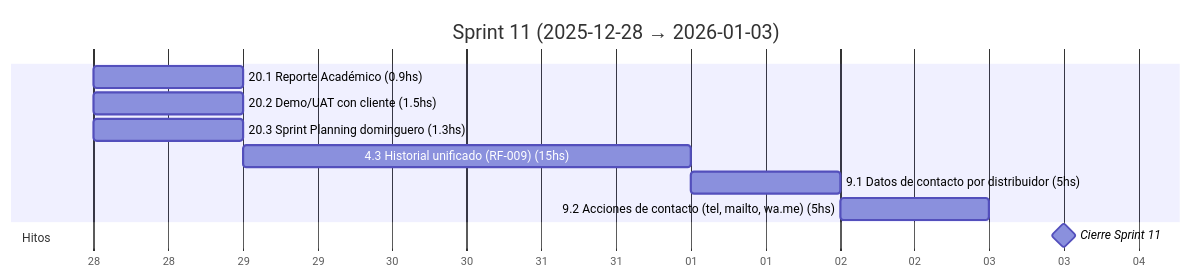
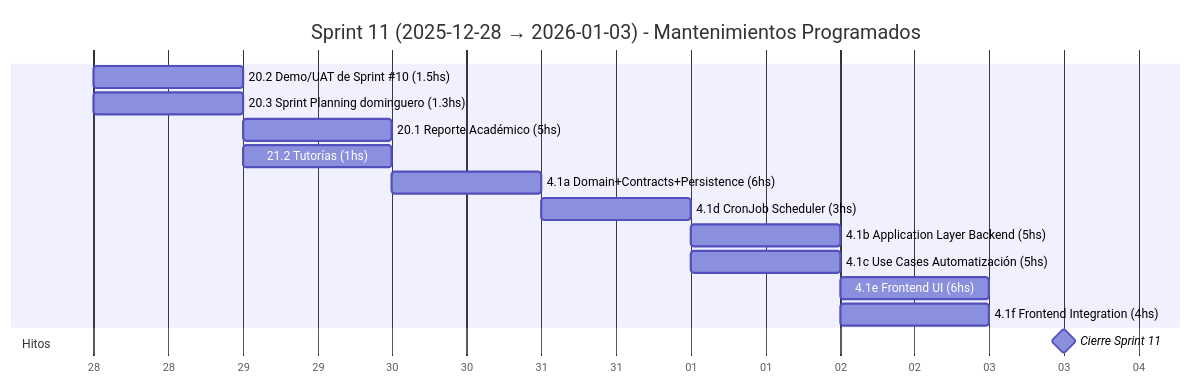
One commit to MarkMed/FleetMan changed diagram 12 of 19 in docs/SprintsGantts.md. Above: the diagram before and after it, drawn with Mermaid. The commit also changed other lines of this file and 2 other files, not shown here.

Commit message:
feat: Update Sprint planning for sprint 11 and update Gantt charts

````diff
--- a/docs/SprintsGantts.md
+++ b/docs/SprintsGantts.md
@@ -357,18 +357,22 @@
 ```mermaid
 gantt
-  title Sprint 11 (2025-12-28 → 2026-01-03)
+  title Sprint 11 (2025-12-28 → 2026-01-03) - Mantenimientos Programados
   dateFormat  YYYY-MM-DD
   axisFormat  %d
 
   %% Asumimos 5 h/día. Horas estimadas incluidas en el nombre.
 
-  20.1 Reporte Académico (0.9hs)               :t201, 2025-12-28, 1d
-  20.2 Demo/UAT con cliente (1.5hs)            :t202, 2025-12-28, 1d
+  20.2 Demo/UAT de Sprint #10 (1.5hs)          :t202, 2025-12-28, 1d
   20.3 Sprint Planning dominguero (1.3hs)      :t203, 2025-12-28, 1d
-  4.3 Historial unificado (RF-009) (15hs)      :t43, after t203, 3d
-  9.1 Datos de contacto por distribuidor (5hs) :t91, after t43, 1d
-  9.2 Acciones de contacto (tel, mailto, wa.me) (5hs) :t92, after t91, 1d
+  20.1 Reporte Académico (5hs)                 :t201, 2025-12-29, 1d
+  21.2 Tutorías (1hs)                          :t212, 2025-12-29, 1d
+  4.1a Domain+Contracts+Persistence (6hs)      :t41a, 2025-12-30, 1d
+  4.1d CronJob Scheduler (3hs)                 :t41d, 2025-12-31, 0.6d
+  4.1b Application Layer Backend (5hs)         :t41b, 2026-01-01, 1d
+  4.1c Use Cases Automatización (5hs)          :t41c, 2026-01-01, 1d
+  4.1e Frontend UI (6hs)                       :t41e, 2026-01-02, 1.2d
+  4.1f Frontend Integration (4hs)              :t41f, 2026-01-02, 0.8d
 
   section Hitos
   Cierre Sprint 11                             :milestone, s11, 2026-01-03, 1d
 ```
````
